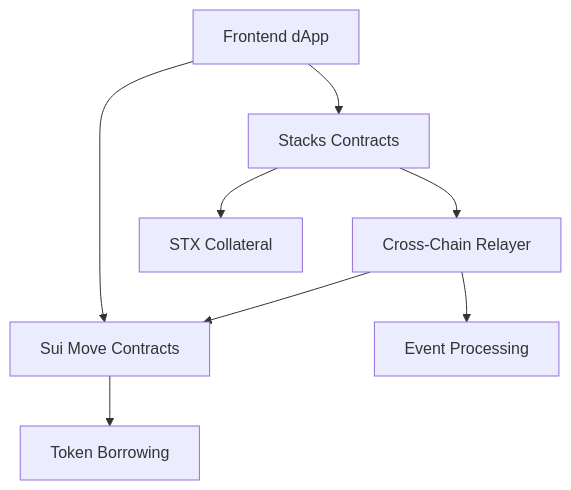
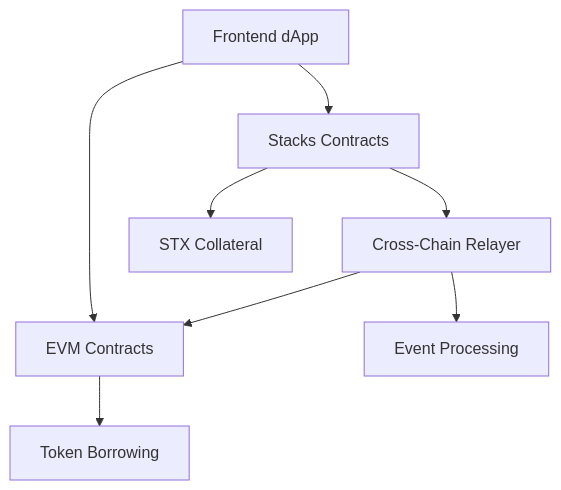
The diagram in README.md (rifuki/Hayy-Protocol), drawn with Mermaid before and after one commit. The commit also changed other lines of this file and 171 other files, not shown here.

````diff
--- a/README.md
+++ b/README.md
@@ -20,11 +20,11 @@
 ```mermaid
 graph TB
     A[Frontend dApp] --> B[Stacks Contracts]
-    A --> C[Sui Move Contracts]
+    A --> C[EVM Contracts]
     B --> D[Cross-Chain Relayer]
     D --> C
     
     B --> E[STX Collateral]
     C --> F[Token Borrowing]
     D --> G[Event Processing]
 ```
````
